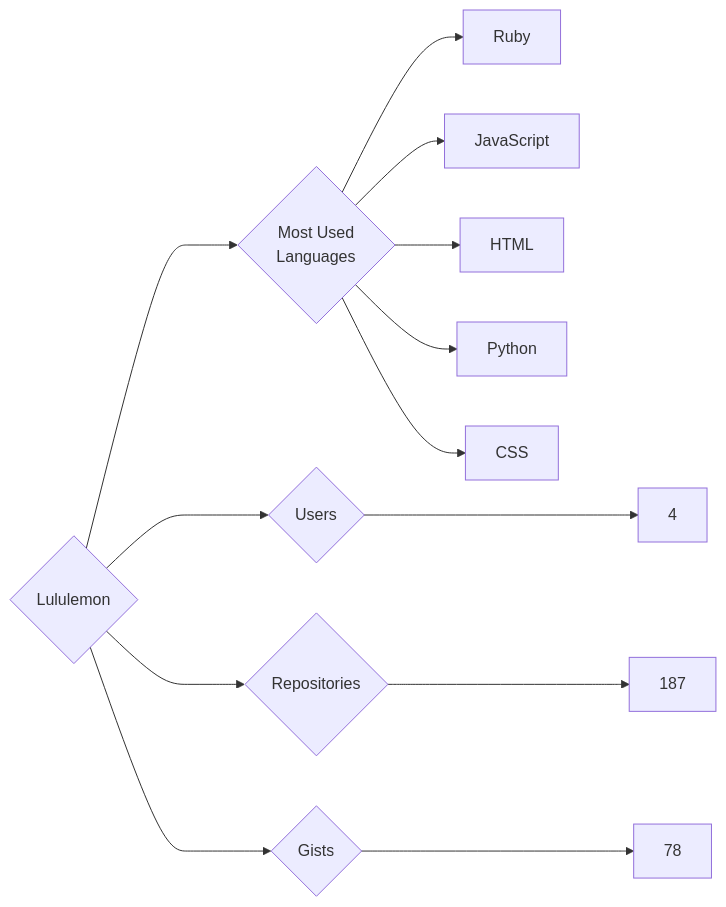
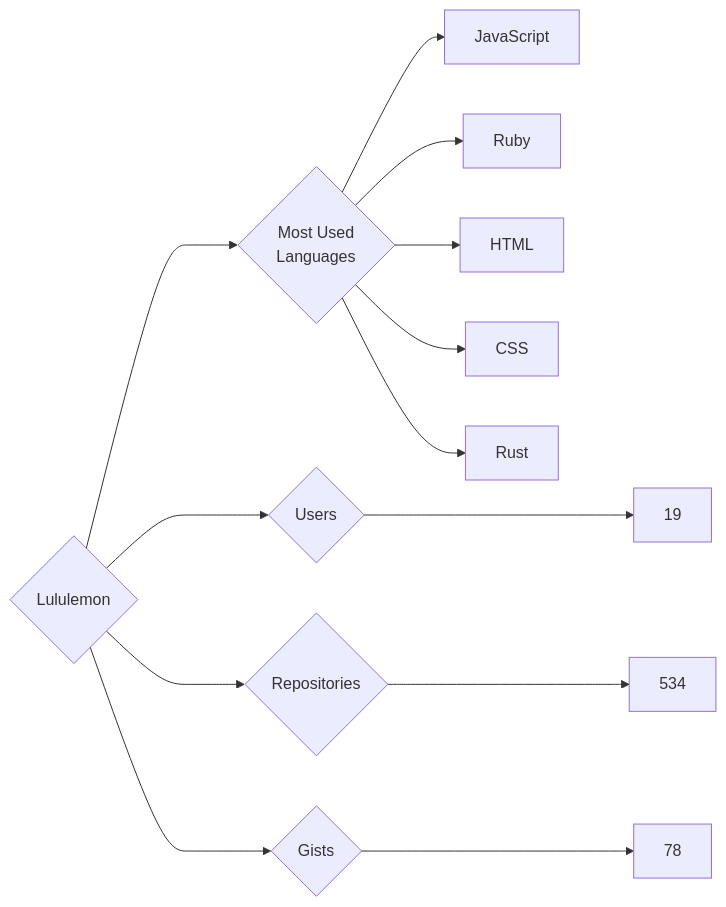
Before and after one commit to trickest/insiders: the diagram in targets/Lululemon/README.md, drawn with Mermaid. The commit also changed 870 other files, not shown here.

````diff
--- a/targets/Lululemon/README.md
+++ b/targets/Lululemon/README.md
@@ -3,13 +3,13 @@
 ```mermaid
 graph LR
 COMPANY_NAME{Lululemon}
-COMPANY_NAME ---> U{Users} ---> UN[4]
-COMPANY_NAME ---> R{Repositories} ---> RN[187]
+COMPANY_NAME ---> U{Users} ---> UN[19]
+COMPANY_NAME ---> R{Repositories} ---> RN[534]
 COMPANY_NAME ---> G{Gists} ---> GN[78]
 COMPANY_NAME ---> ML{Most Used<br>Languages}
+ML --> JavaScript[JavaScript]
 ML --> Ruby[Ruby]
-ML --> JavaScript[JavaScript]
 ML --> HTML[HTML]
-ML --> Python[Python]
 ML --> CSS[CSS]
+ML --> Rust[Rust]
 ```
````
